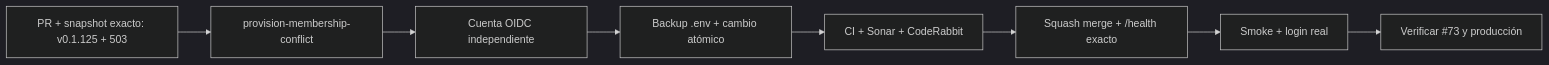
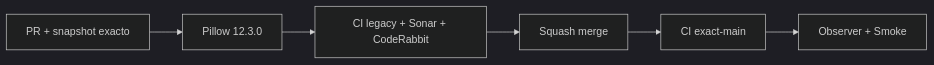
The diagram in README.md (pl0n3r/GrindFlow), drawn with Mermaid (dark theme) before and after one commit. The commit also changed other lines of this file and 4 other files, not shown here.

````diff
--- a/README.md
+++ b/README.md
@@ -47,10 +46,8 @@
 ```mermaid
 flowchart LR
- A["PR + snapshot exacto: v0.1.125 + 503"] --> B["provision-membership-conflict"]
- B --> C["Cuenta OIDC independiente"]
- C --> D["Backup .env + cambio atómico"]
- D --> M["CI + Sonar + CodeRabbit"]
- M --> X["Squash merge + /health exacto"]
- X --> S["Smoke + login real"]
- S --> G["Verificar #73 y producción"]
+ A["PR + snapshot exacto"] --> B["Pillow 12.3.0"]
+ B --> C["CI legacy + Sonar + CodeRabbit"]
+ C --> M["Squash merge"]
+ M --> X["CI exact-main"]
+ X --> S["Observer + Smoke"]
 ```
````
